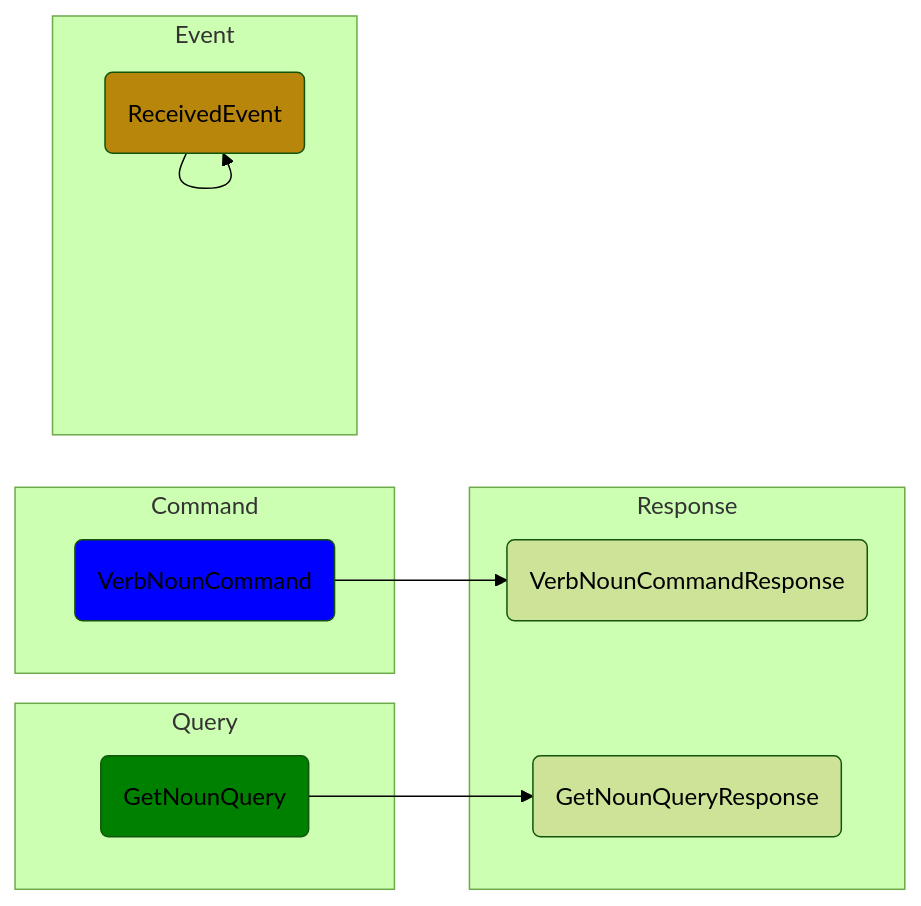
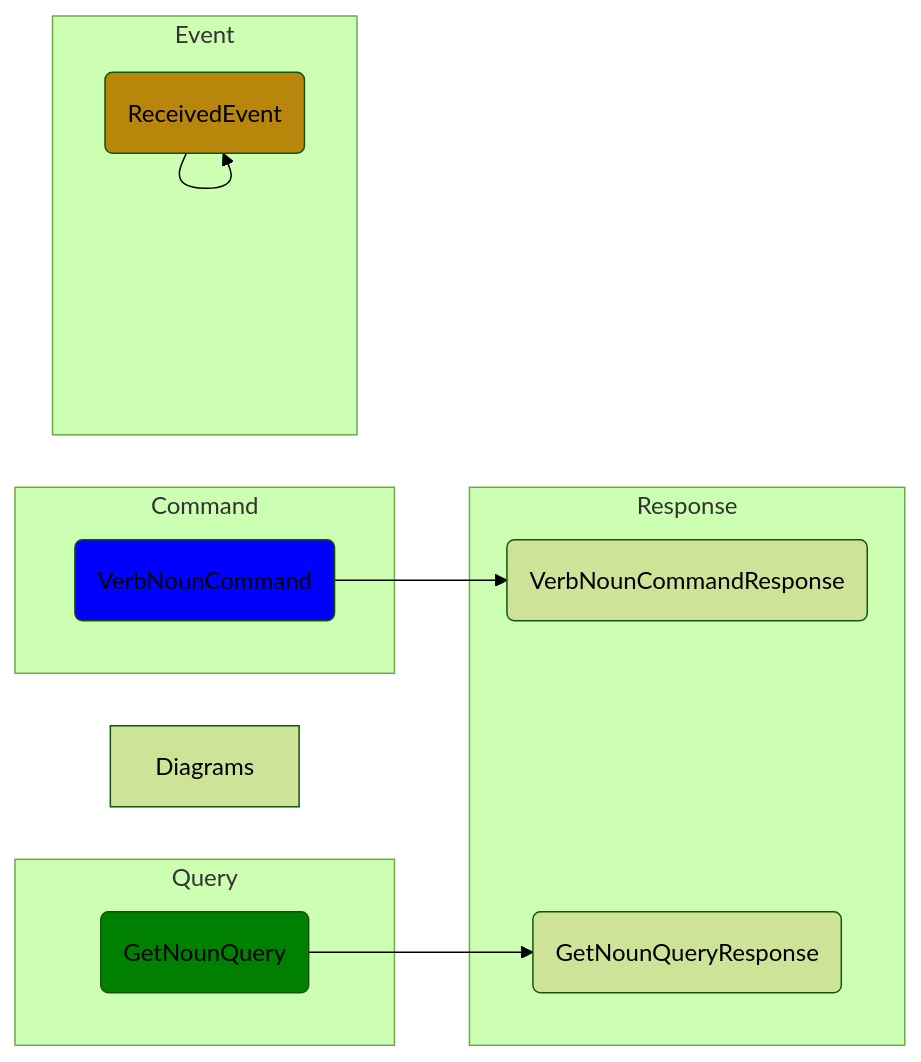
One commit to wechaty/cqrs changed the first of 4 diagrams in README.md. Above: the diagram before and after it, drawn with Mermaid (forest theme). The commit also changed other lines of this file and 1 other file, not shown here.

````diff
--- a/README.md
+++ b/README.md
@@ -111,29 +111,29 @@
 ```mermaid
 graph LR
   classDef event fill:DarkGoldenRod
   classDef command fill:blue
   classDef query fill:green
-
+Diagrams
   subgraph Command
     C(VerbNounCommand):::command
   end
 
   subgraph Response
     RC(VerbNounCommandResponse)
     RQ(GetNounQueryResponse)
   end
     
   subgraph Query
     Q(GetNounQuery):::query
   end
 
   subgraph Event
     ER(ReceivedEvent):::event
   end
 
   C-->RC
 
   ER-->ER
 
   Q-->RQ
 ```
````
